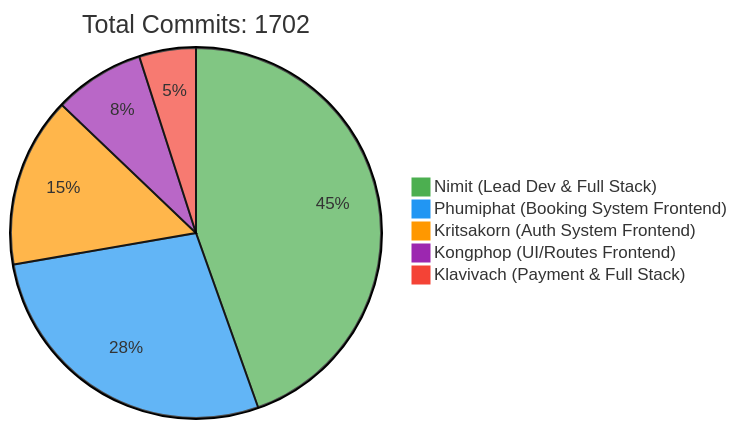
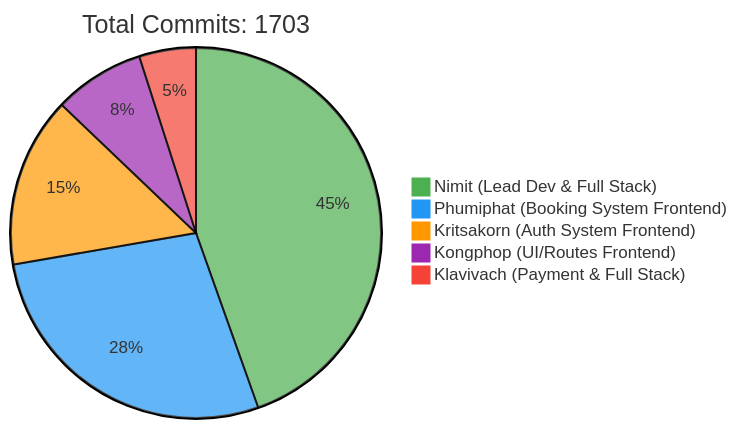
Before and after one commit to 6531503042/Sport-Complex: the first of 2 diagrams in README.md, drawn with Mermaid. The commit also changed other lines of this file, not shown here.

Commit message:
docs: Update contributor statistics [skip ci]

````diff
--- a/README.md
+++ b/README.md
@@ -257,10 +257,10 @@
 ```mermaid
 %%{init: {'theme': 'base', 'themeVariables': { 'pie1': '#4CAF50', 'pie2': '#2196F3', 'pie3': '#FF9800', 'pie4': '#9C27B0', 'pie5': '#F44336'}}}%%
 pie
-    title Total Commits: 1702
+    title Total Commits: 1703
     "Nimit (Lead Dev & Full Stack)" : 450
     "Phumiphat (Booking System Frontend)" : 280
     "Kritsakorn (Auth System Frontend)" : 150
     "Kongphop (UI/Routes Frontend)" : 80
     "Klavivach (Payment & Full Stack)" : 50
 ```
````
